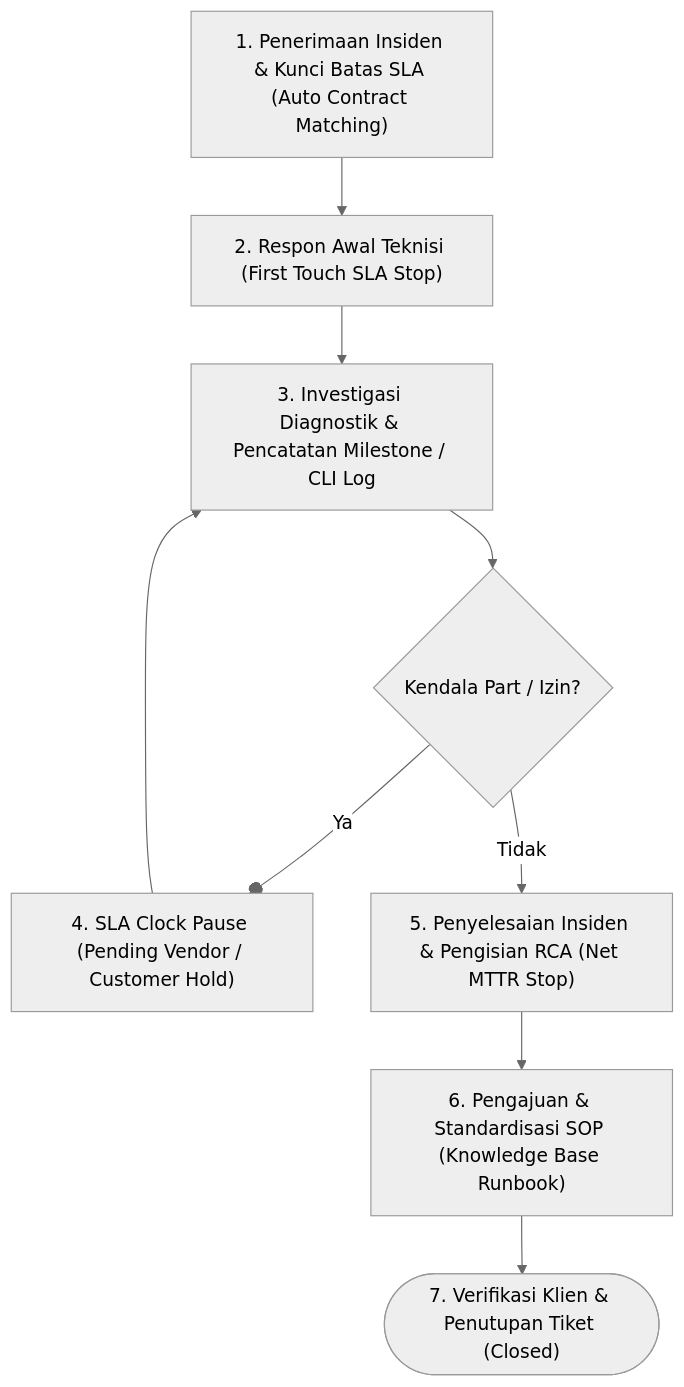
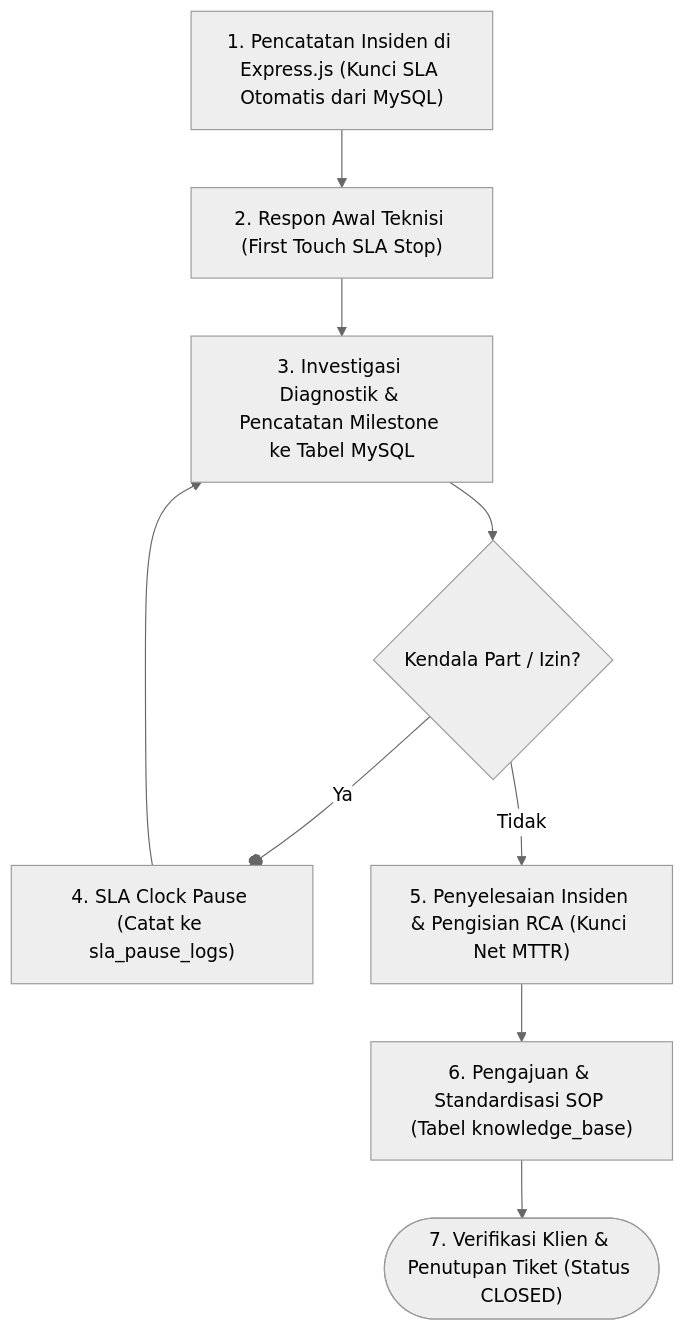
The second of 2 diagrams in docs/arsitektur-dan-logical-flow.md (Wizfie/Helpdesk-Ticketing), drawn with Mermaid (neutral theme) before and after one commit. The commit also changed other lines of this file and 3 other files, not shown here.

Commit message:
docs: update system architecture to full-stack production stack (Vue, Express, MySQL, SMTP Relay, without Redis or signature sheet)

````diff
--- a/docs/arsitektur-dan-logical-flow.md
+++ b/docs/arsitektur-dan-logical-flow.md
@@ -104,11 +117,11 @@
 ```mermaid
 flowchart TD
-    S1["1. Penerimaan Insiden & Kunci Batas SLA (Auto Contract Matching)"] --> S2["2. Respon Awal Teknisi (First Touch SLA Stop)"]
-    S2 --> S3["3. Investigasi Diagnostik & Pencatatan Milestone / CLI Log"]
+    S1["1. Pencatatan Insiden di Express.js (Kunci SLA Otomatis dari MySQL)"] --> S2["2. Respon Awal Teknisi (First Touch SLA Stop)"]
+    S2 --> S3["3. Investigasi Diagnostik & Pencatatan Milestone ke Tabel MySQL"]
     S3 --> Cond{"Kendala Part / Izin?"}
-    Cond -- Ya --o S4["4. SLA Clock Pause (Pending Vendor / Customer Hold)"]
+    Cond -- Ya --o S4["4. SLA Clock Pause (Catat ke sla_pause_logs)"]
     S4 --> S3
-    Cond -- Tidak --> S5["5. Penyelesaian Insiden & Pengisian RCA (Net MTTR Stop)"]
-    S5 --> S6["6. Pengajuan & Standardisasi SOP (Knowledge Base Runbook)"]
-    S6 --> S7(["7. Verifikasi Klien & Penutupan Tiket (Closed)"])
+    Cond -- Tidak --> S5["5. Penyelesaian Insiden & Pengisian RCA (Kunci Net MTTR)"]
+    S5 --> S6["6. Pengajuan & Standardisasi SOP (Tabel knowledge_base)"]
+    S6 --> S7(["7. Verifikasi Klien & Penutupan Tiket (Status CLOSED)"])
 ```
````
